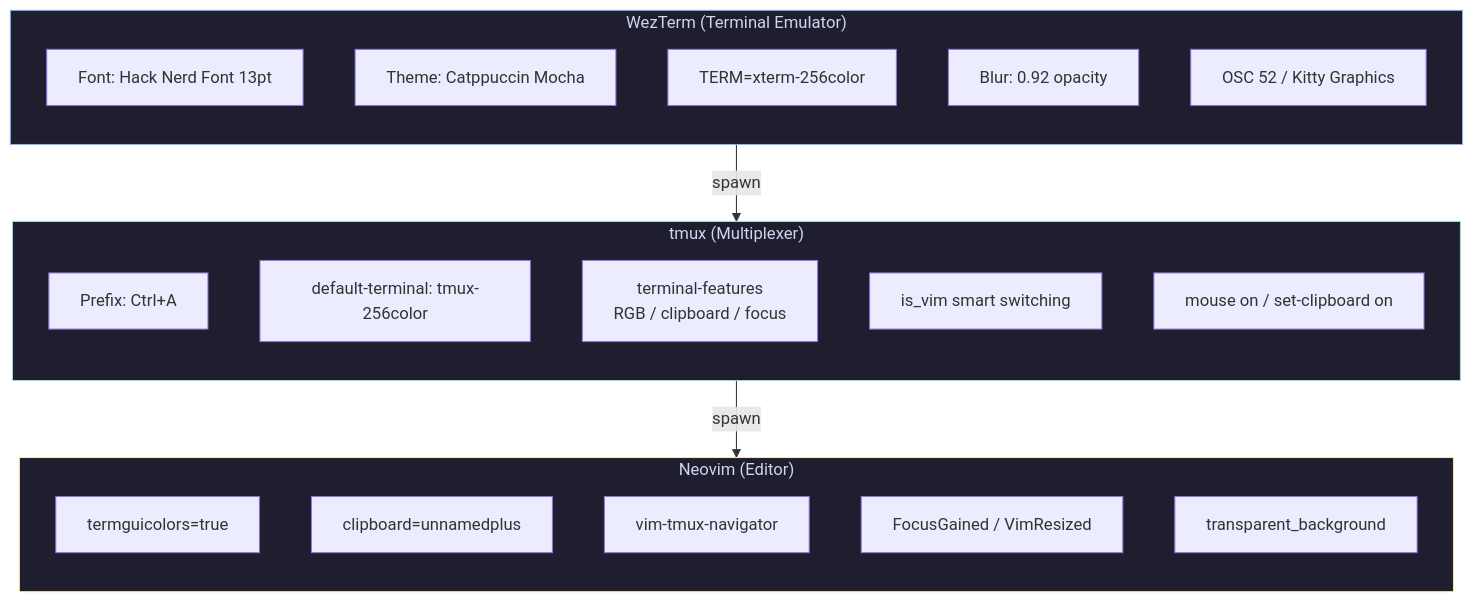
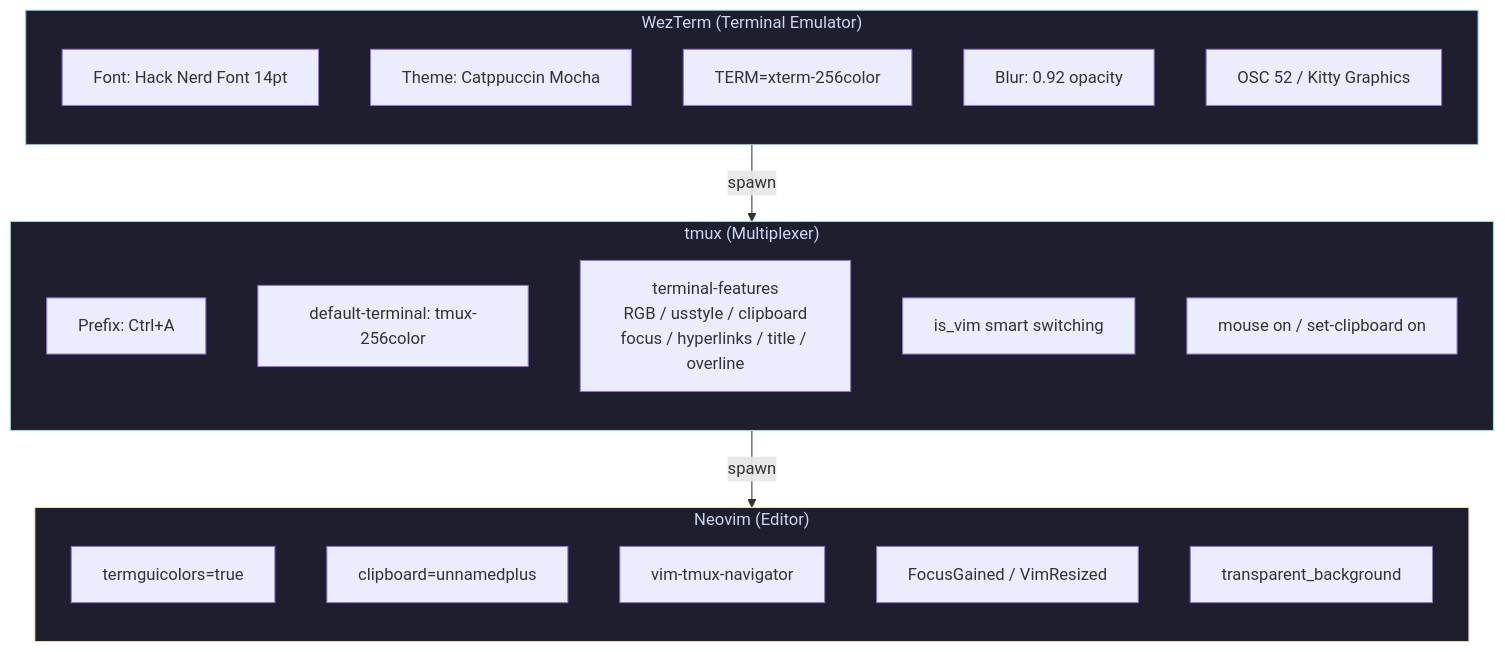
Before and after one commit to deuxksy/dotfiles: the first of 8 diagrams in docs/desktop.md, drawn with Mermaid. The commit also changed other lines of this file and 4 other files, not shown here.

````diff
--- a/docs/desktop.md
+++ b/docs/desktop.md
@@ -7,36 +7,36 @@
 ```mermaid
 graph TB
     subgraph WezTerm["WezTerm (Terminal Emulator)"]
         direction TB
-        W1["Font: Hack Nerd Font 13pt"]
+        W1["Font: Hack Nerd Font 14pt"]
         W2["Theme: Catppuccin Mocha"]
         W3["TERM=xterm-256color"]
         W4["Blur: 0.92 opacity"]
         W5["OSC 52 / Kitty Graphics"]
     end
 
     subgraph tmux["tmux (Multiplexer)"]
         direction TB
         T1["Prefix: Ctrl+A"]
         T2["default-terminal: tmux-256color"]
-        T3["terminal-features<br/>RGB / clipboard / focus"]
+        T3["terminal-features<br/>RGB / usstyle / clipboard<br/>focus / hyperlinks / title / overline"]
         T4["is_vim smart switching"]
         T5["mouse on / set-clipboard on"]
     end
 
     subgraph Neovim["Neovim (Editor)"]
         direction TB
         N1["termguicolors=true"]
         N2["clipboard=unnamedplus"]
         N3["vim-tmux-navigator"]
         N4["FocusGained / VimResized"]
         N5["transparent_background"]
     end
 
     WezTerm -->|"spawn"| tmux
     tmux -->|"spawn"| Neovim
 
     style WezTerm fill:#1e1e2e,stroke:#89b4fa,color:#cdd6f4
     style tmux fill:#1e1e2e,stroke:#94e2d5,color:#cdd6f4
     style Neovim fill:#1e1e2e,stroke:#f9e2af,color:#cdd6f4
 ```
````
